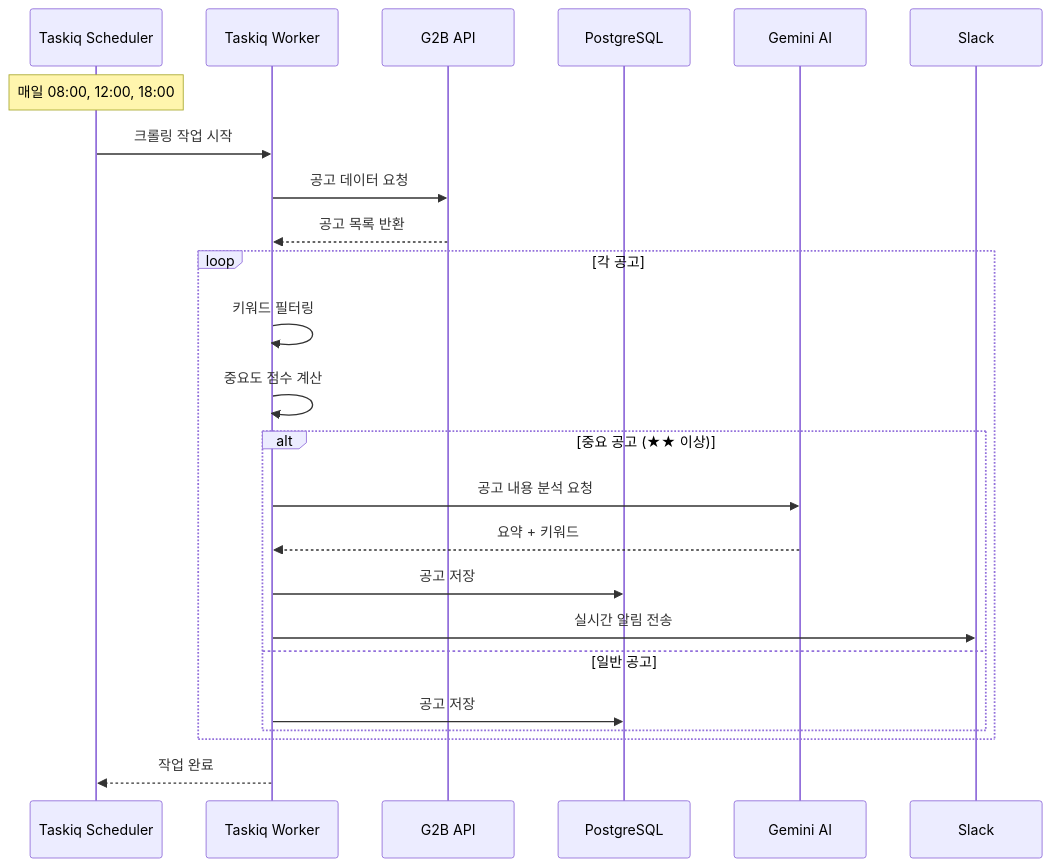
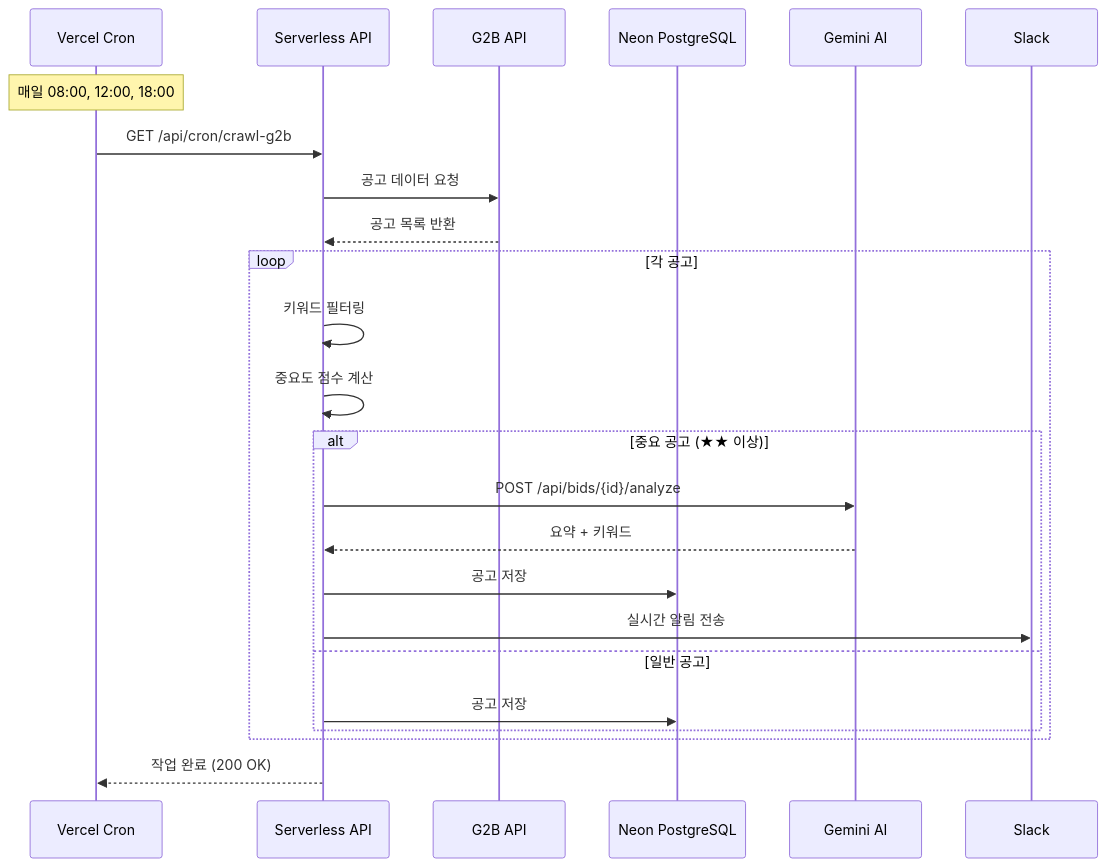
The third of 5 diagrams in README.md (doublesilver/biz-retriever), drawn with Mermaid before and after one commit. The commit also changed other lines of this file and 4 other files, not shown here.

````diff
--- a/README.md
+++ b/README.md
@@ -277,31 +315,31 @@
 ```mermaid
 sequenceDiagram
-    participant Scheduler as Taskiq Scheduler
-    participant Worker as Taskiq Worker
+    participant Cron as Vercel Cron
+    participant API as Serverless API
     participant G2B as G2B API
-    participant DB as PostgreSQL
+    participant DB as Neon PostgreSQL
     participant AI as Gemini AI
     participant Slack as Slack
 
-    Note over Scheduler: 매일 08:00, 12:00, 18:00
+    Note over Cron: 매일 08:00, 12:00, 18:00
 
-    Scheduler->>Worker: 크롤링 작업 시작
-    Worker->>G2B: 공고 데이터 요청
-    G2B-->>Worker: 공고 목록 반환
+    Cron->>API: GET /api/cron/crawl-g2b
+    API->>G2B: 공고 데이터 요청
+    G2B-->>API: 공고 목록 반환
     
     loop 각 공고
-        Worker->>Worker: 키워드 필터링
-        Worker->>Worker: 중요도 점수 계산
+        API->>API: 키워드 필터링
+        API->>API: 중요도 점수 계산
         
         alt 중요 공고 (★★ 이상)
-            Worker->>AI: 공고 내용 분석 요청
-            AI-->>Worker: 요약 + 키워드
-            Worker->>DB: 공고 저장
-            Worker->>Slack: 실시간 알림 전송
+            API->>AI: POST /api/bids/{id}/analyze
+            AI-->>API: 요약 + 키워드
+            API->>DB: 공고 저장
+            API->>Slack: 실시간 알림 전송
         else 일반 공고
-            Worker->>DB: 공고 저장
+            API->>DB: 공고 저장
         end
     end
 
-    Worker-->>Scheduler: 작업 완료
+    API-->>Cron: 작업 완료 (200 OK)
 ```
````
